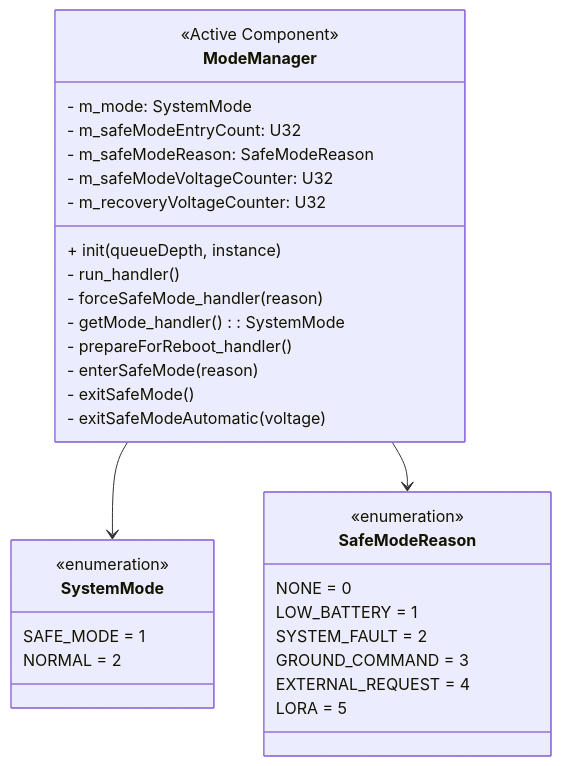
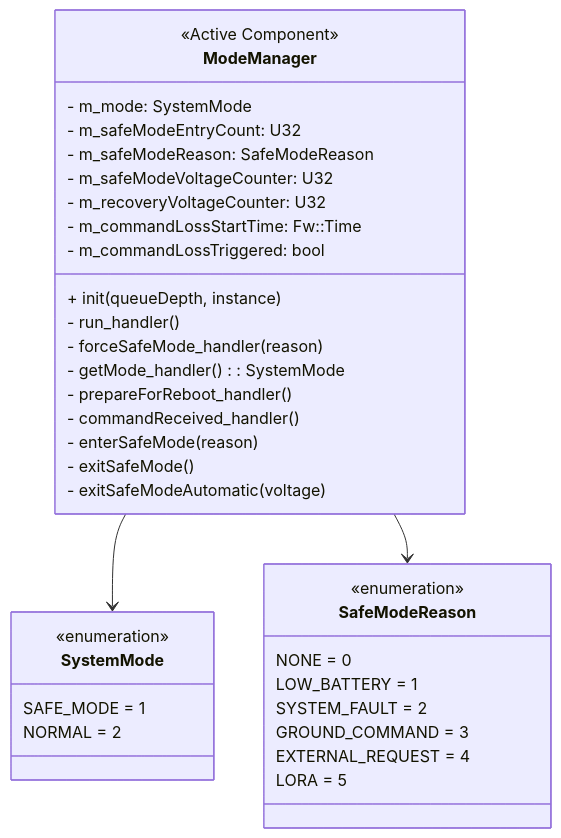
Before and after one commit to Open-Source-Space-Foundation/proves-core-reference: the first of 4 diagrams in PROVESFlightControllerReference/Components/ModeManager/docs/sdd.md, drawn with Mermaid. The commit also changed other lines of this file and 22 other files, not shown here.

````diff
--- a/PROVESFlightControllerReference/Components/ModeManager/docs/sdd.md
+++ b/PROVESFlightControllerReference/Components/ModeManager/docs/sdd.md
@@ -21,35 +22,38 @@
 ```mermaid
 classDiagram
     class ModeManager {
         <<Active Component>>
         - m_mode: SystemMode
         - m_safeModeEntryCount: U32
         - m_safeModeReason: SafeModeReason
         - m_safeModeVoltageCounter: U32
         - m_recoveryVoltageCounter: U32
+        - m_commandLossStartTime: Fw::Time
+        - m_commandLossTriggered: bool
         + init(queueDepth, instance)
         - run_handler()
         - forceSafeMode_handler(reason)
         - getMode_handler(): SystemMode
         - prepareForReboot_handler()
+        - commandReceived_handler()
         - enterSafeMode(reason)
         - exitSafeMode()
         - exitSafeModeAutomatic(voltage)
     }
     class SystemMode {
         <<enumeration>>
         SAFE_MODE = 1
         NORMAL = 2
     }
     class SafeModeReason {
         <<enumeration>>
         NONE = 0
         LOW_BATTERY = 1
         SYSTEM_FAULT = 2
         GROUND_COMMAND = 3
         EXTERNAL_REQUEST = 4
         LORA = 5
     }
     ModeManager --> SystemMode
     ModeManager --> SafeModeReason
 ```
````
